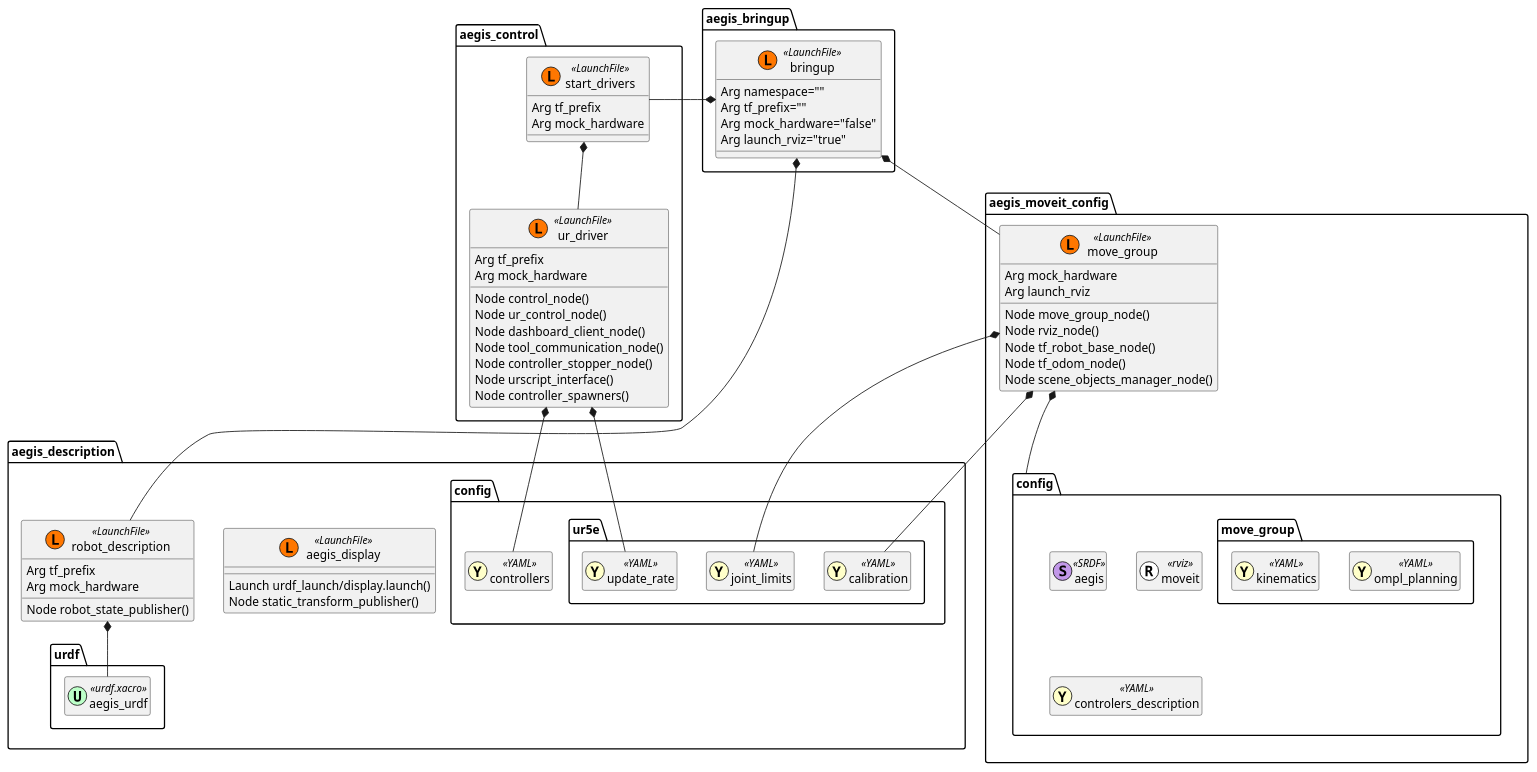
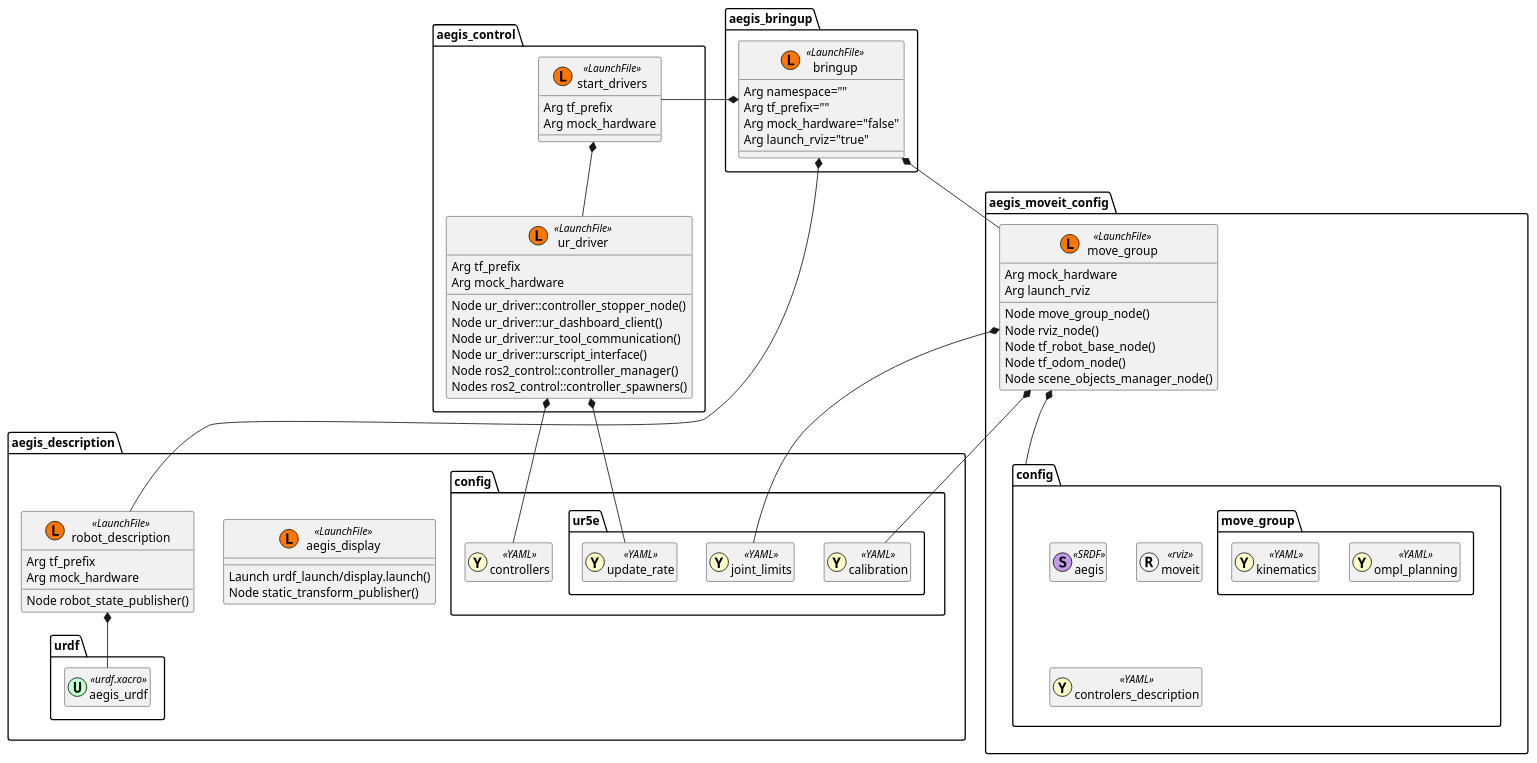
The diagram in aegis_bringup/launch_diagram.plantuml (AGH-CEAI/aegis_ros), drawn with PlantUML before and after one commit.

Commit message:
more verbose node names in launch diagram

```diff
--- a/aegis_bringup/launch_diagram.plantuml
+++ b/aegis_bringup/launch_diagram.plantuml
@@ -1,97 +1,96 @@
 @startuml Launch Files
 
 package aegis_bringup {
     class bringup << (L,#FF7700) LaunchFile >> {
         Arg namespace=""
         Arg tf_prefix=""
         Arg mock_hardware="false"
         Arg launch_rviz="true"
     }
 }
 
 package aegis_control {
     class start_drivers << (L,#FF7700) LaunchFile >> {
         Arg tf_prefix
         Arg mock_hardware
     }
     class ur_driver << (L,#FF7700) LaunchFile >> {
         Arg tf_prefix
         Arg mock_hardware
-        Node control_node()
-        Node ur_control_node()
-        Node dashboard_client_node()
-        Node tool_communication_node()
-        Node controller_stopper_node()
-        Node urscript_interface()
-        Node controller_spawners()
+        Node ur_driver::controller_stopper_node()
+        Node ur_driver::ur_dashboard_client()
+        Node ur_driver::ur_tool_communication()
+        Node ur_driver::urscript_interface()
+        Node ros2_control::controller_manager()
+        Nodes ros2_control::controller_spawners()
     }
 
 }
 
 package aegis_description {
     class aegis_display << (L,#FF7700) LaunchFile >> {
         Launch urdf_launch/display.launch()
         Node static_transform_publisher()
     }
 
     class robot_description << (L,#FF7700) LaunchFile >> {
         Arg tf_prefix
         Arg mock_hardware
         Node robot_state_publisher()
     }
 
     package config {
         class controllers << (Y,#ffffc9) YAML >> {}
         package ur5e {
             class calibration << (Y,#ffffc9) YAML >> {}
             class joint_limits << (Y,#ffffc9) YAML >> {}
             class update_rate << (Y,#ffffc9) YAML >> {}
         }
     }
 
     package urdf {
         class aegis_urdf << (U,#bcffc8) urdf.xacro >> {}
     }
 }
 
 package aegis_moveit_config {
     class move_group << (L,#FF7700) LaunchFile >> {
         Arg mock_hardware
         Arg launch_rviz
         Node move_group_node()
         Node rviz_node()
         Node tf_robot_base_node()
         Node tf_odom_node()
         Node scene_objects_manager_node()
     }
     package config {
         class aegis << (S,#c298e9) SRDF >> {}
         package move_group {
             class ompl_planning << (Y,#ffffc9) YAML >> {}
             class kinematics << (Y,#ffffc9) YAML >> {}
         }
         class moveit << (R,#ffffff) rviz >> {}
         class controlers_description << (Y,#ffffc9) YAML >> {}
     }
 }
 
 
 aegis_bringup.bringup *-left- aegis_control.start_drivers
 aegis_bringup.bringup *-- aegis_moveit_config.move_group
 aegis_bringup.bringup *-- aegis_description.robot_description
 aegis_description.robot_description *-- aegis_description.urdf.aegis_urdf
 
 aegis_control.start_drivers *-- aegis_control.ur_driver
 aegis_control.ur_driver *-- aegis_description.config.ur5e.update_rate
 aegis_control.ur_driver *-- aegis_description.config.controllers
 
 aegis_moveit_config.move_group *-- aegis_moveit_config.config
 aegis_moveit_config.move_group *-- aegis_description.config.ur5e.joint_limits
 aegis_moveit_config.move_group *-- aegis_description.config.ur5e.calibration
 
 skinparam classAttributeIconSize 0
 hide << YAML >> members
 hide << urdf.xacro >> members
 hide << SRDF >> members
 hide << rviz >> members
 @enduml
```
